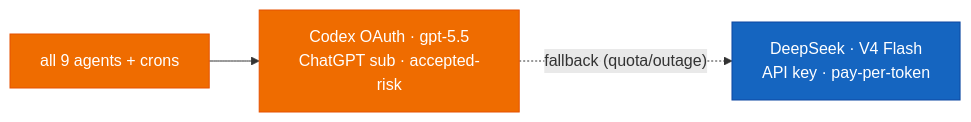
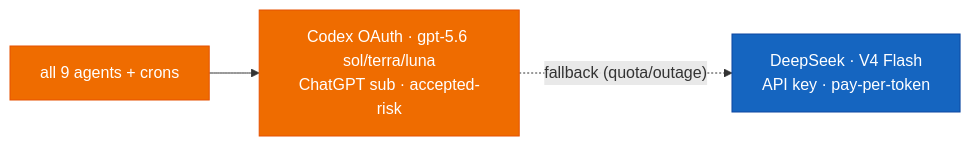
Before and after one commit to mpolatcan/hermes-setup: the diagram in docs/04-models.md, drawn with Mermaid. The commit also changed other lines of this file and 4 other files, not shown here.

First line of the commit message:
docs: migrate fleet to GPT-5.6 tiers (sol/terra/luna)

````diff
--- a/docs/04-models.md
+++ b/docs/04-models.md
@@ -11,9 +11,9 @@
 ```mermaid
 flowchart LR
-    all9["all 9 agents + crons"] --> codex55["Codex OAuth · gpt-5.5<br/>ChatGPT sub · accepted-risk"]
-    codex55 -. "fallback (quota/outage)" .-> ds2["DeepSeek · V4 Flash<br/>API key · pay-per-token"]
+    all9["all 9 agents + crons"] --> codex56["Codex OAuth · gpt-5.6 sol/terra/luna<br/>ChatGPT sub · accepted-risk"]
+    codex56 -. "fallback (quota/outage)" .-> ds2["DeepSeek · V4 Flash<br/>API key · pay-per-token"]
     classDef codex fill:#EF6C00,stroke:#E65100,color:#fff
     classDef ds fill:#1565C0,stroke:#0D47A1,color:#fff
-    class all9,codex55 codex
+    class all9,codex56 codex
     class ds2 ds
 ```
````
